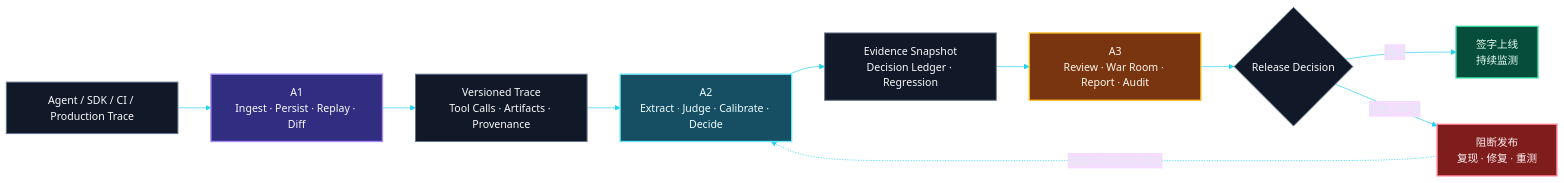
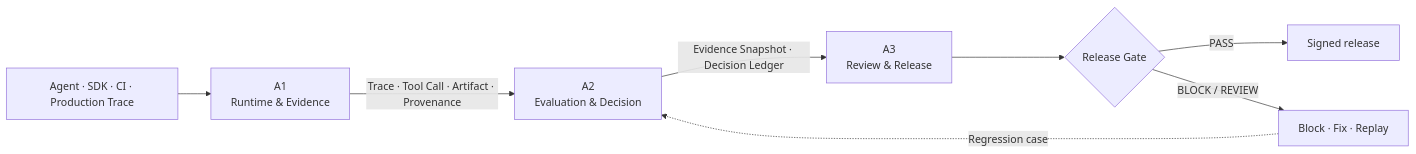
Before and after one commit to 3351666087/release-foundry: the diagram in README.md, drawn with Mermaid. The commit also changed other lines of this file, not shown here.

````diff
--- a/README.md
+++ b/README.md
@@ -63,25 +56,18 @@
 ```mermaid
-%%{init: {"theme": "base", "themeVariables": {"background": "transparent", "primaryTextColor": "#e2e8f0", "lineColor": "#22d3ee", "fontFamily": "Inter, ui-sans-serif, system-ui"}}}%%
 flowchart LR
-  classDef source fill:#111827,stroke:#64748b,color:#f8fafc,stroke-width:1.5px
-  classDef a1 fill:#312e81,stroke:#a78bfa,color:#f8fafc,stroke-width:2px
-  classDef a2 fill:#164e63,stroke:#67e8f9,color:#ecfeff,stroke-width:2px
-  classDef a3 fill:#78350f,stroke:#fbbf24,color:#fff7ed,stroke-width:2px
-  classDef pass fill:#064e3b,stroke:#34d399,color:#ecfdf5,stroke-width:2px
-  classDef block fill:#7f1d1d,stroke:#fb7185,color:#fff1f2,stroke-width:2px
+    Source["Agent · SDK · CI · Production Trace"]
+    A1["A1<br/>Runtime & Evidence"]
+    A2["A2<br/>Evaluation & Decision"]
+    A3["A3<br/>Review & Release"]
+    Gate{"Release Gate"}
+    Ship["Signed release"]
+    Block["Block · Fix · Replay"]
 
-  Agent["Agent / SDK / CI / Production Trace"]:::source
-  A1["A1<br/>Ingest · Persist · Replay · Diff"]:::a1
-  Evidence["Versioned Trace<br/>Tool Calls · Artifacts · Provenance"]:::source
-  A2["A2<br/>Extract · Judge · Calibrate · Decide"]:::a2
-  Ledger["Evidence Snapshot<br/>Decision Ledger · Regression"]:::source
-  A3["A3<br/>Review · War Room · Report · Audit"]:::a3
-  Decision{"Release Decision"}:::source
-  Ship["签字上线<br/>持续监测"]:::pass
-  Stop["阻断发布<br/>复现 · 修复 · 重测"]:::block
-
-  Agent --> A1 --> Evidence --> A2 --> Ledger --> A3 --> Decision
-  Decision -->|"通过"| Ship
-  Decision -->|"阻断 / 审核"| Stop
-  Stop -. "事故与修正进入回归" .-> A2
+    Source --> A1
+    A1 -->|"Trace · Tool Call · Artifact · Provenance"| A2
+    A2 -->|"Evidence Snapshot · Decision Ledger"| A3
+    A3 --> Gate
+    Gate -->|"PASS"| Ship
+    Gate -->|"BLOCK / REVIEW"| Block
+    Block -.->|"Regression case"| A2
 ```
````
